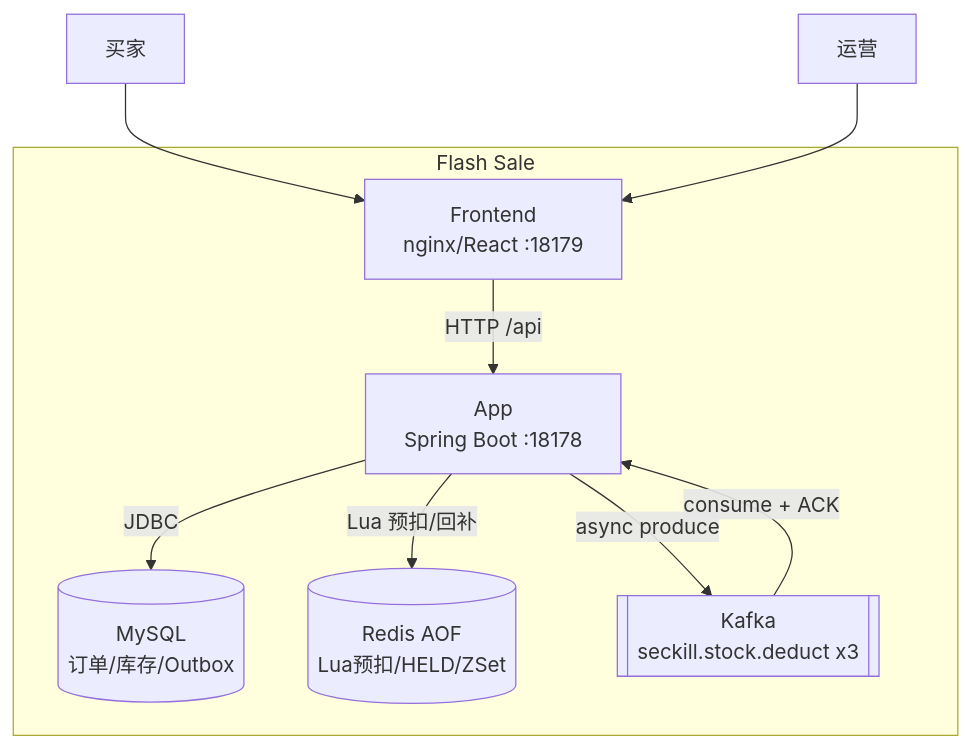
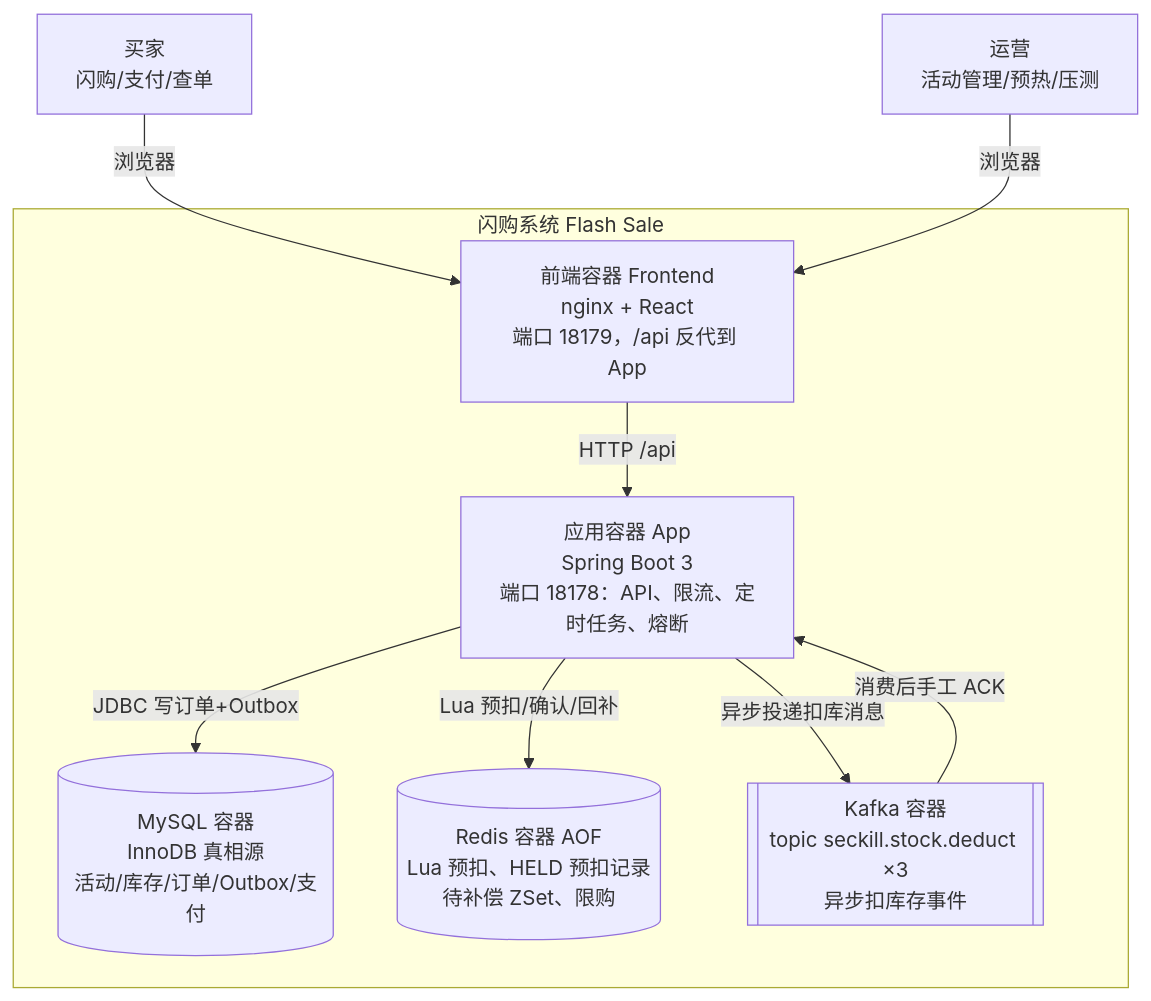
The first of 8 diagrams in README.md (wegod/presence), drawn with Mermaid before and after one commit. The commit also changed other lines of this file, not shown here.

Commit message:
Clarify README Outbox blurb and enrich C4 diagram labels.

````diff
--- a/README.md
+++ b/README.md
@@ -13,19 +15,19 @@
 ```mermaid
 flowchart TB
-  buyer[买家]
-  ops[运营]
-  subgraph FlashSale["Flash Sale"]
-    FE["Frontend<br/>nginx/React :18179"]
-    App["App<br/>Spring Boot :18178"]
-    MySQL[("MySQL<br/>订单/库存/Outbox")]
-    Redis[("Redis AOF<br/>Lua预扣/HELD/ZSet")]
-    Kafka[["Kafka<br/>seckill.stock.deduct x3"]]
+  buyer["买家<br/>闪购/支付/查单"]
+  ops["运营<br/>活动管理/预热/压测"]
+  subgraph FlashSale["闪购系统 Flash Sale"]
+    FE["前端容器 Frontend<br/>nginx + React<br/>端口 18179，/api 反代到 App"]
+    App["应用容器 App<br/>Spring Boot 3<br/>端口 18178：API、限流、定时任务、熔断"]
+    MySQL[("MySQL 容器<br/>InnoDB 真相源<br/>活动/库存/订单/Outbox/支付")]
+    Redis[("Redis 容器 AOF<br/>Lua 预扣、HELD 预扣记录<br/>待补偿 ZSet、限购")]
+    Kafka[["Kafka 容器<br/>topic seckill.stock.deduct ×3<br/>异步扣库存事件"]]
   end
-  buyer --> FE
-  ops --> FE
+  buyer -->|"浏览器"| FE
+  ops -->|"浏览器"| FE
   FE -->|"HTTP /api"| App
-  App -->|"Lua 预扣/回补"| Redis
-  App -->|"JDBC"| MySQL
-  App -->|"async produce"| Kafka
-  Kafka -->|"consume + ACK"| App
+  App -->|"Lua 预扣/确认/回补"| Redis
+  App -->|"JDBC 写订单+Outbox"| MySQL
+  App -->|"异步投递扣库消息"| Kafka
+  Kafka -->|"消费后手工 ACK"| App
 ```
````
